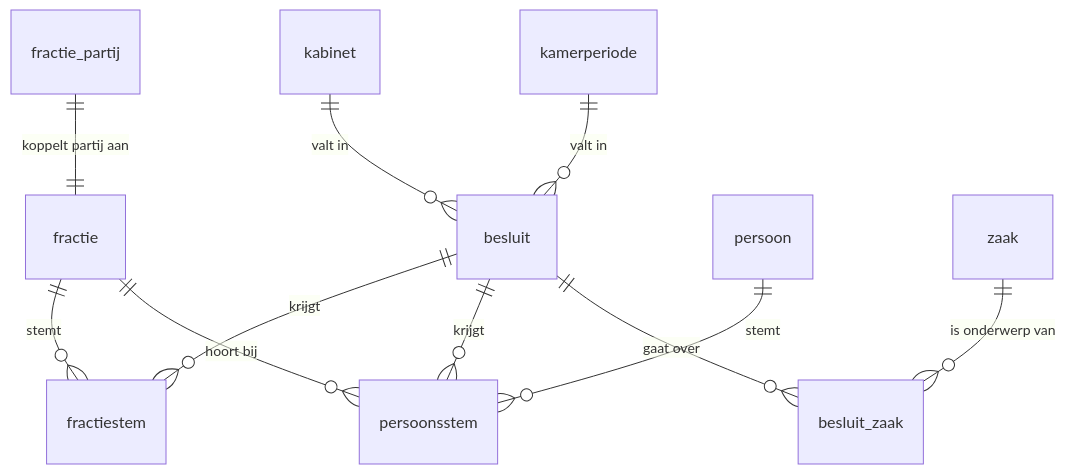
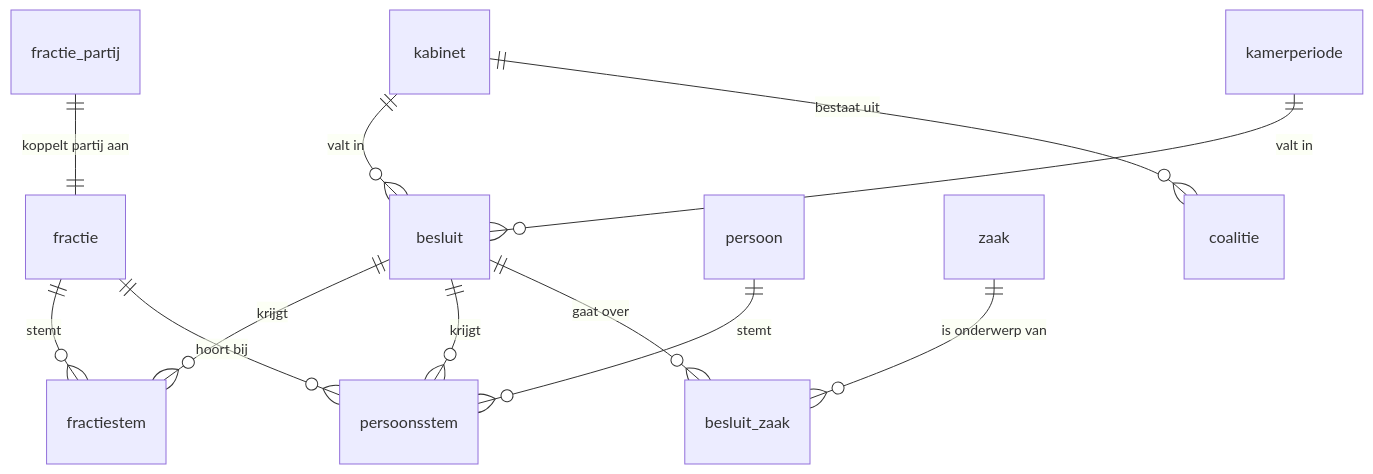
One commit to Beitelensteijn/zetelen changed the diagram in docs/datamodel.md. Above: the diagram before and after it, drawn with Mermaid. The commit also changed other lines of this file and 4 other files, not shown here.

Commit message:
Kabinet per fractie (core.coalitie), zetels bij het begin van een periode en overstappers

````diff
--- a/docs/datamodel.md
+++ b/docs/datamodel.md
@@ -7,13 +7,14 @@
 ```mermaid
 erDiagram
     kabinet ||--o{ besluit : "valt in"
     kamerperiode ||--o{ besluit : "valt in"
     besluit ||--o{ fractiestem : "krijgt"
     besluit ||--o{ persoonsstem : "krijgt"
     fractie ||--o{ fractiestem : "stemt"
     fractie ||--o{ persoonsstem : "hoort bij"
     persoon ||--o{ persoonsstem : "stemt"
     besluit ||--o{ besluit_zaak : "gaat over"
     zaak ||--o{ besluit_zaak : "is onderwerp van"
     fractie_partij ||--|| fractie : "koppelt partij aan"
+    kabinet ||--o{ coalitie : "bestaat uit"
 ```
````
